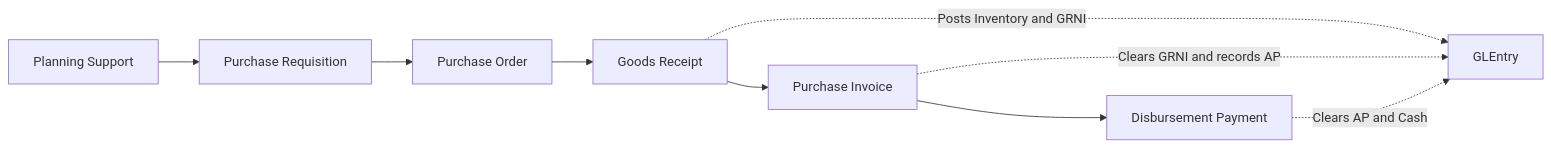
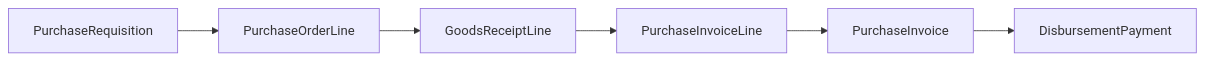
The first of 5 diagrams in docs/processes/p2p.md (mmcodesso/CharlesRiver_Database), drawn with Mermaid before and after one commit. The commit also changed other lines of this file and 191 other files, not shown here.

````diff
--- a/docs/processes/p2p.md
+++ b/docs/processes/p2p.md
@@ -70,15 +90,8 @@
 ```mermaid
 flowchart LR
-    PLAN[Planning Support]
-    PR[Purchase Requisition]
-    PO[Purchase Order]
-    GR[Goods Receipt]
-    PI[Purchase Invoice]
-    DP[Disbursement Payment]
-    GL[GLEntry]
-
-    PLAN --> PR --> PO --> GR -->  PI -->  DP
-    GR -. Posts Inventory and GRNI .-> GL
-    PI -. Clears GRNI and records AP .-> GL
-    DP -. Clears AP and Cash .-> GL
+    REQ[PurchaseRequisition] --> PO[PurchaseOrderLine]
+    PO --> REC[GoodsReceiptLine]
+    REC --> BILL[PurchaseInvoiceLine]
+    BILL --> HEADER[PurchaseInvoice]
+    HEADER --> PAY[DisbursementPayment]
 ```
````
